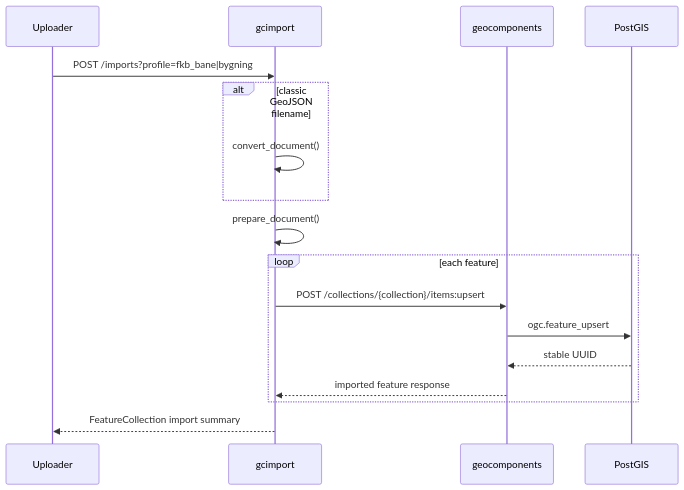
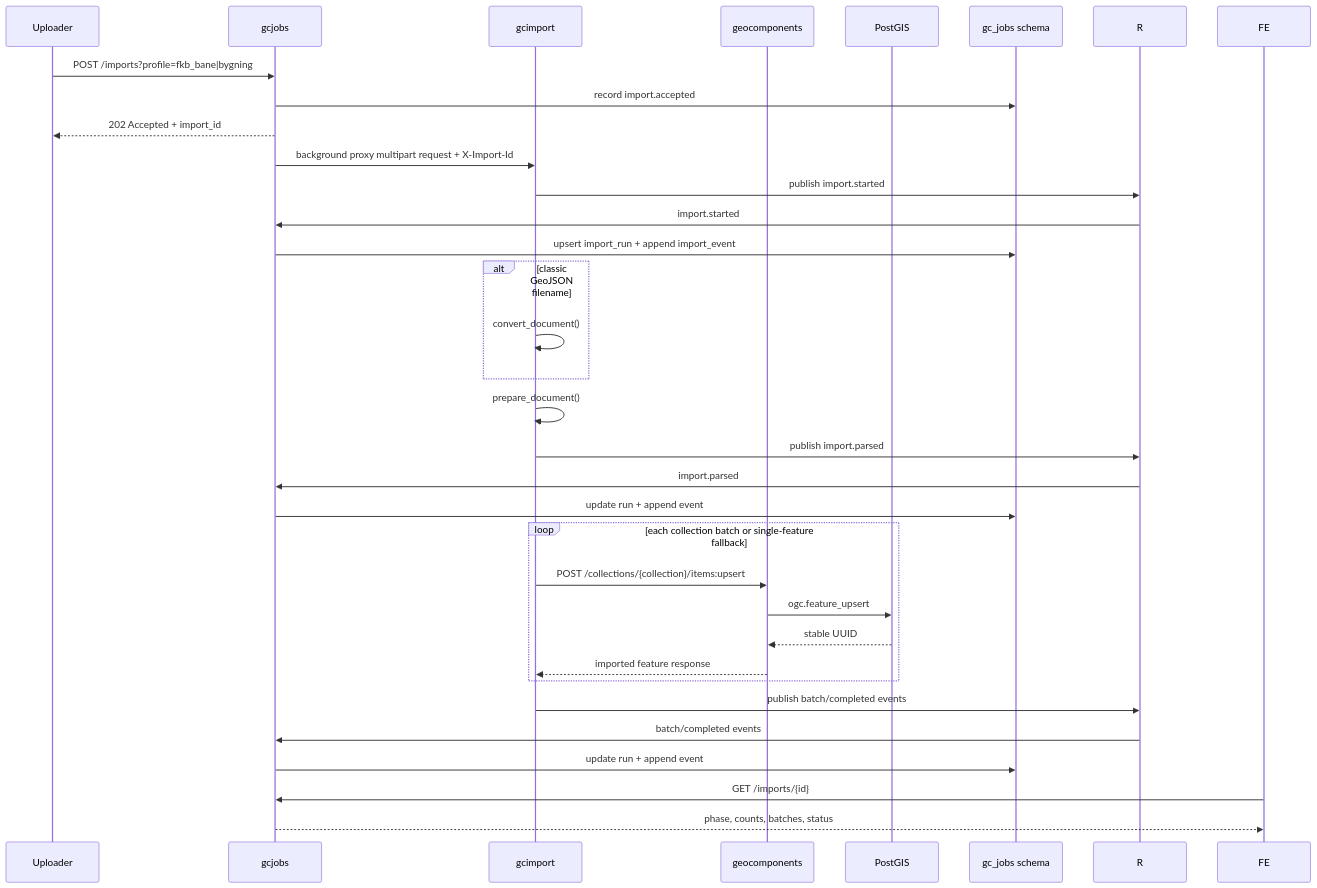
One commit to kartverket/topografisk-gdb-api changed the seventh of 10 diagrams in docs/ARCHITECTURE.md. Above: the diagram before and after it, drawn with Mermaid. The commit also changed other lines of this file and 50 other files, not shown here.

First line of the commit message:
batch import using processes (#73)

````diff
--- a/docs/ARCHITECTURE.md
+++ b/docs/ARCHITECTURE.md
@@ -218,20 +271,35 @@
 ```mermaid
 sequenceDiagram
   participant U as Uploader
+  participant J as gcjobs
   participant I as gcimport
   participant G as geocomponents
   participant DB as PostGIS
+  participant JDB as gc_jobs schema
 
-  U->>I: POST /imports?profile=fkb_bane|bygning
+  U->>J: POST /imports?profile=fkb_bane|bygning
+  J->>JDB: record import.accepted
+  J-->>U: 202 Accepted + import_id
+  J->>I: background proxy multipart request + X-Import-Id
+  I->>R: publish import.started
+  R->>J: import.started
+  J->>JDB: upsert import_run + append import_event
   alt classic GeoJSON filename
     I->>I: convert_document()
   end
   I->>I: prepare_document()
-  loop each feature
+  I->>R: publish import.parsed
+  R->>J: import.parsed
+  J->>JDB: update run + append event
+  loop each collection batch or single-feature fallback
     I->>G: POST /collections/{collection}/items:upsert
     G->>DB: ogc.feature_upsert
     DB-->>G: stable UUID
     G-->>I: imported feature response
   end
-  I-->>U: FeatureCollection import summary
+  I->>R: publish batch/completed events
+  R->>J: batch/completed events
+  J->>JDB: update run + append event
+  FE->>J: GET /imports/{id}
+  J-->>FE: phase, counts, batches, status
 ```
````
